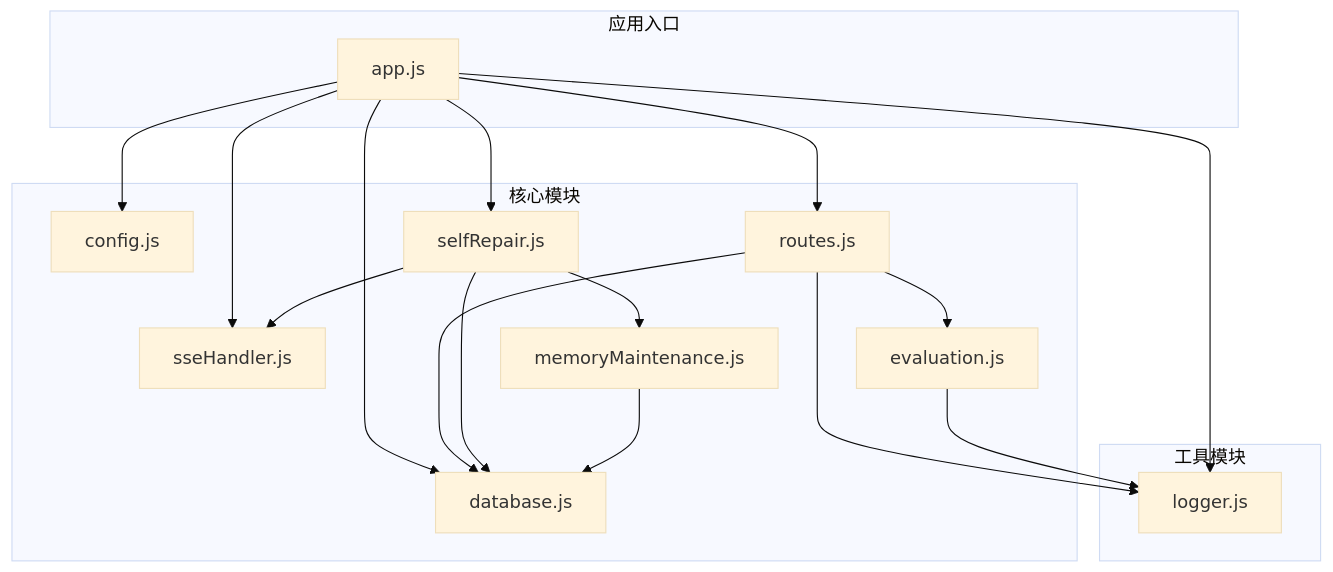
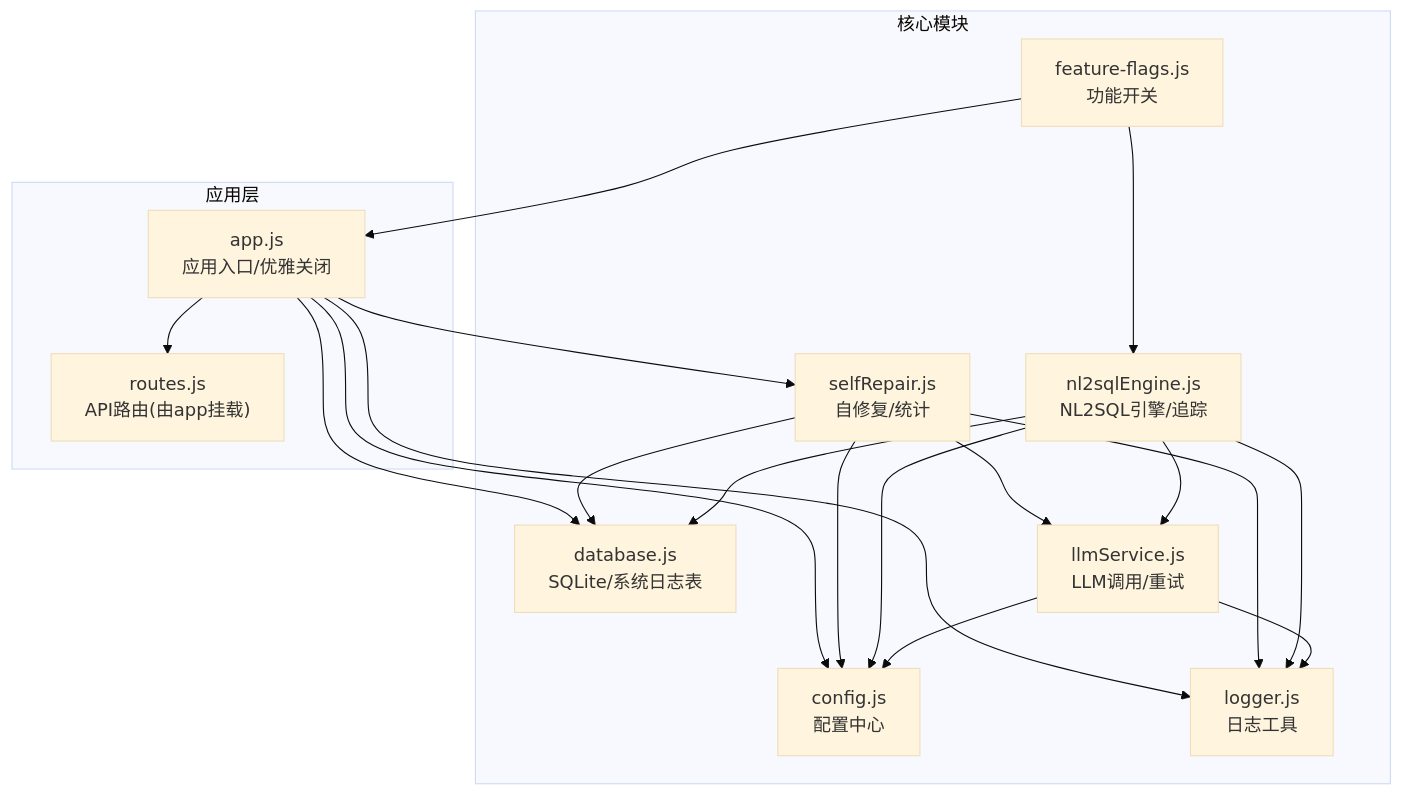
The first of 5 diagrams in NL2SQL/.qoder/repowiki/zh/content/部署与运维/监控与日志.md (HanHuiOnLine/724-office), drawn with Mermaid (base theme) before and after one commit. The commit also changed other lines of this file and 207 other files, not shown here.

````diff
--- a/NL2SQL/.qoder/repowiki/zh/content/部署与运维/监控与日志.md
+++ b/NL2SQL/.qoder/repowiki/zh/content/部署与运维/监控与日志.md
@@ -50,32 +49,33 @@
 ```mermaid
 graph TB
-subgraph "应用入口"
-APP["app.js"]
+subgraph "应用层"
+APP["app.js<br/>应用入口/优雅关闭"]
+ROUTES["routes.js<br/>API路由(由app挂载)"]
 end
 subgraph "核心模块"
-CFG["config.js"]
-ROUTES["routes.js"]
-DB["database.js"]
-SELF["selfRepair.js"]
-SSE["sseHandler.js"]
-EVAL["evaluation.js"]
-LTM["memoryMaintenance.js"]
-end
-subgraph "工具模块"
-LOG["logger.js"]
+CFG["config.js<br/>配置中心"]
+LOG["logger.js<br/>日志工具"]
+SELF["selfRepair.js<br/>自修复/统计"]
+DB["database.js<br/>SQLite/系统日志表"]
+LLM["llmService.js<br/>LLM调用/重试"]
+NLENG["nl2sqlEngine.js<br/>NL2SQL引擎/追踪"]
+FLAGS["feature-flags.js<br/>功能开关"]
 end
 APP --> CFG
 APP --> LOG
+APP --> SELF
 APP --> DB
 APP --> ROUTES
-APP --> SELF
-APP --> SSE
-ROUTES --> LOG
-ROUTES --> DB
-ROUTES --> EVAL
+SELF --> CFG
+SELF --> LOG
 SELF --> DB
-SELF --> SSE
-SELF --> LTM
-EVAL --> LOG
-LTM --> DB
+SELF --> LLM
+NLENG --> CFG
+NLENG --> LOG
+NLENG --> LLM
+NLENG --> DB
+LLM --> CFG
+LLM --> LOG
+FLAGS --> APP
+FLAGS --> NLENG
 ```
````
